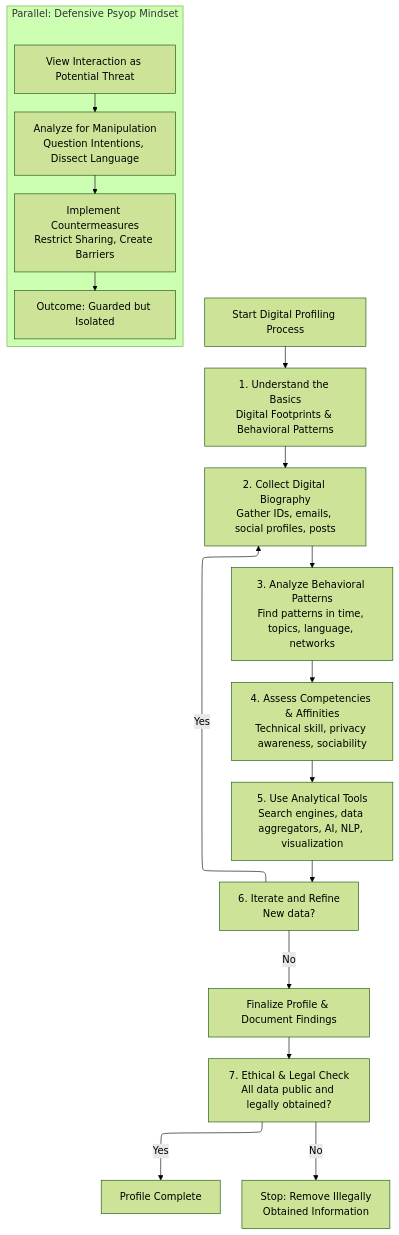
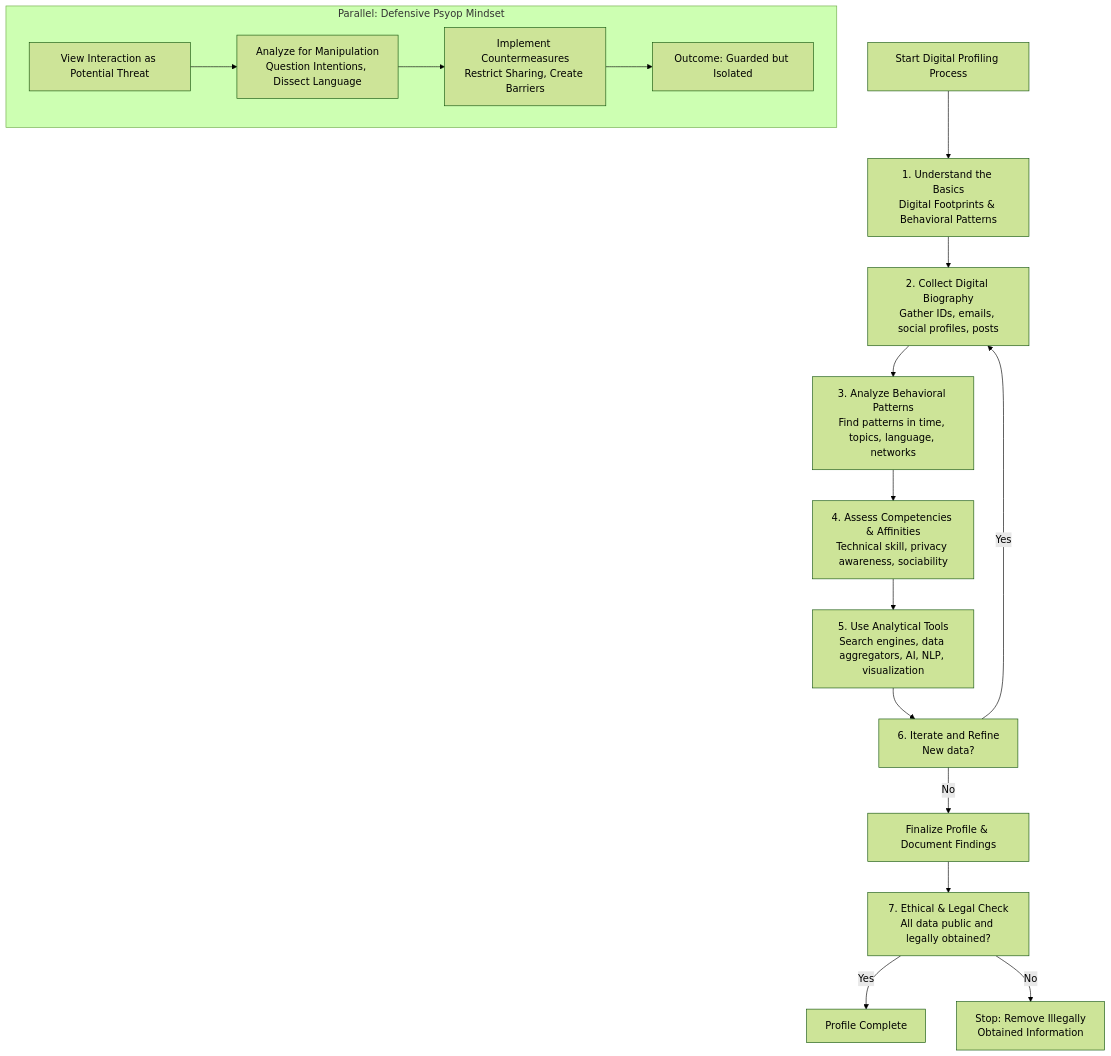
Before and after one commit to airborne-commando/OPSEC-OSINT-Tools: the diagram in mermaid-data/digital-profiling.md, drawn with Mermaid (forest theme).

````diff
--- a/mermaid-data/digital-profiling.md
+++ b/mermaid-data/digital-profiling.md
@@ -1,24 +1,23 @@
 ```mermaid
-%%{init: { 'layout': 'elk', 'fontFamily': 'Sans-serif', 'type': 'bold', 'fontSize': 16 } }%%
 flowchart TD
  subgraph DefensiveMindset["Parallel: Defensive Psyop Mindset"]
         M["Analyze for Manipulation<br>Question Intentions, Dissect Language"]
         L["View Interaction as Potential Threat"]
         N["Implement Countermeasures<br>Restrict Sharing, Create Barriers"]
         O["Outcome: Guarded but Isolated"]
   end
     A["Start Digital Profiling Process"] --> B["1. Understand the Basics<br>Digital Footprints &amp; Behavioral Patterns"]
     B --> C["2. Collect Digital Biography<br>Gather IDs, emails, social profiles, posts"]
     C --> D["3. Analyze Behavioral Patterns<br>Find patterns in time, topics, language, networks"]
     D --> E["4. Assess Competencies &amp; Affinities<br>Technical skill, privacy awareness, sociability"]
     E --> F["5. Use Analytical Tools<br>Search engines, data aggregators, AI, NLP, visualization"]
     F --> G["6. Iterate and Refine<br>New data?"]
     G -- Yes --> C
     G -- No --> H["Finalize Profile & Document Findings"]
     H --> I["7. Ethical &amp; Legal Check<br>All data public and legally obtained?"]
     I -- Yes --> J["Profile Complete"]
     I -- No --> K["Stop: Remove Illegally<br>Obtained Information"]
     L --> M
     M --> N
     N --> O
 ```
````
